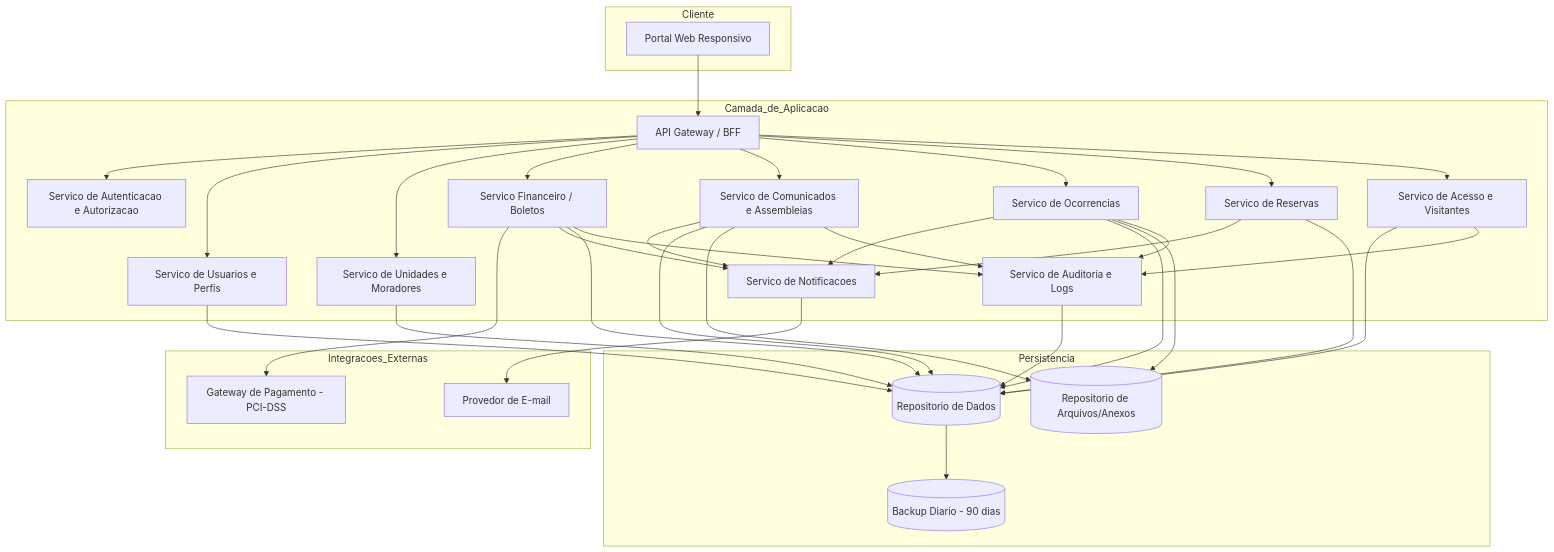
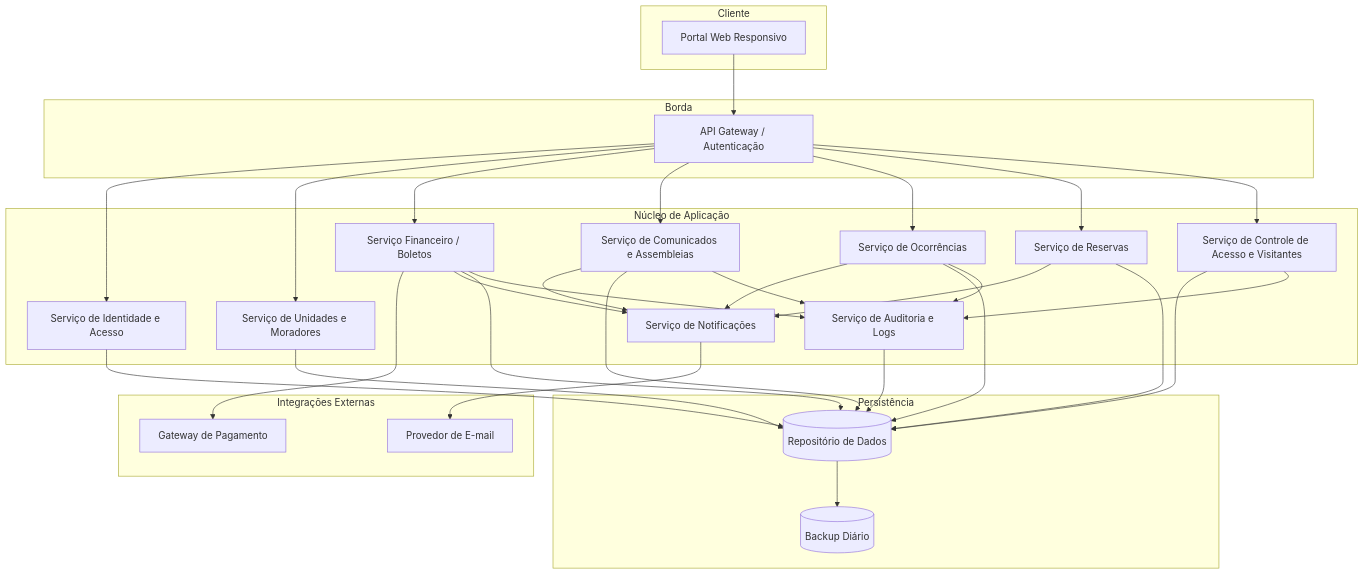
The first of 4 diagrams in docs/Time_2_Design/analise-qualitativa/outputs/relatorio_claude_opus_4_8_M04.md (PDC-ESIA/AI4ES), drawn with Mermaid before and after one commit. The commit also changed other lines of this file and 93 other files, not shown here.

````diff
--- a/docs/Time_2_Design/analise-qualitativa/outputs/relatorio_claude_opus_4_8_M04.md
+++ b/docs/Time_2_Design/analise-qualitativa/outputs/relatorio_claude_opus_4_8_M04.md
@@ -33,65 +33,63 @@
 ```mermaid
 graph TD
     subgraph Cliente
-        PortalWeb[Portal Web Responsivo]
+        PORTAL[Portal Web Responsivo]
     end
 
-    subgraph Camada_de_Aplicacao
-        Gateway[API Gateway / BFF]
-        AuthSvc[Servico de Autenticacao e Autorizacao]
-        UserSvc[Servico de Usuarios e Perfis]
-        UnitSvc[Servico de Unidades e Moradores]
-        FinanceSvc[Servico Financeiro / Boletos]
-        CommSvc[Servico de Comunicados e Assembleias]
-        IssueSvc[Servico de Ocorrencias]
-        BookingSvc[Servico de Reservas]
-        AccessSvc[Servico de Acesso e Visitantes]
-        NotifySvc[Servico de Notificacoes]
-        AuditSvc[Servico de Auditoria e Logs]
+    subgraph Borda
+        GW[API Gateway / Autenticação]
     end
 
-    subgraph Integracoes_Externas
-        PayGW[Gateway de Pagamento - PCI-DSS]
-        MailGW[Provedor de E-mail]
+    subgraph Núcleo de Aplicação
+        AUTH[Serviço de Identidade e Acesso]
+        UNIT[Serviço de Unidades e Moradores]
+        FIN[Serviço Financeiro / Boletos]
+        COM[Serviço de Comunicados e Assembleias]
+        OCO[Serviço de Ocorrências]
+        RES[Serviço de Reservas]
+        ACS[Serviço de Controle de Acesso e Visitantes]
+        NOT[Serviço de Notificações]
+        AUD[Serviço de Auditoria e Logs]
     end
 
-    subgraph Persistencia
-        DB[(Repositorio de Dados)]
-        FileStore[(Repositorio de Arquivos/Anexos)]
-        Backup[(Backup Diario - 90 dias)]
+    subgraph Integrações Externas
+        PAYGW[Gateway de Pagamento]
+        MAIL[Provedor de E-mail]
     end
 
-    PortalWeb --> Gateway
-    Gateway --> AuthSvc
-    Gateway --> UserSvc
-    Gateway --> UnitSvc
-    Gateway --> FinanceSvc
-    Gateway --> CommSvc
-    Gateway --> IssueSvc
-    Gateway --> BookingSvc
-    Gateway --> AccessSvc
+    subgraph Persistência
+        DB[(Repositório de Dados)]
+        BKP[(Backup Diário)]
+    end
 
-    FinanceSvc --> PayGW
-    FinanceSvc --> NotifySvc
-    CommSvc --> NotifySvc
-    IssueSvc --> NotifySvc
-    BookingSvc --> NotifySvc
-    NotifySvc --> MailGW
+    PORTAL --> GW
+    GW --> AUTH
+    GW --> UNIT
+    GW --> FIN
+    GW --> COM
+    GW --> OCO
+    GW --> RES
+    GW --> ACS
 
-    UserSvc --> DB
-    UnitSvc --> DB
-    FinanceSvc --> DB
-    CommSvc --> DB
-    CommSvc --> FileStore
-    IssueSvc --> DB
-    IssueSvc --> FileStore
-    BookingSvc --> DB
-    AccessSvc --> DB
+    FIN --> PAYGW
+    FIN --> NOT
+    COM --> NOT
+    OCO --> NOT
+    RES --> NOT
+    NOT --> MAIL
 
-    FinanceSvc --> AuditSvc
-    AccessSvc --> AuditSvc
-    CommSvc --> AuditSvc
-    IssueSvc --> AuditSvc
-    AuditSvc --> DB
-    DB --> Backup
+    UNIT --> DB
+    FIN --> DB
+    COM --> DB
+    OCO --> DB
+    RES --> DB
+    ACS --> DB
+    AUTH --> DB
+
+    FIN --> AUD
+    COM --> AUD
+    OCO --> AUD
+    ACS --> AUD
+    AUD --> DB
+    DB --> BKP
 ```
````
